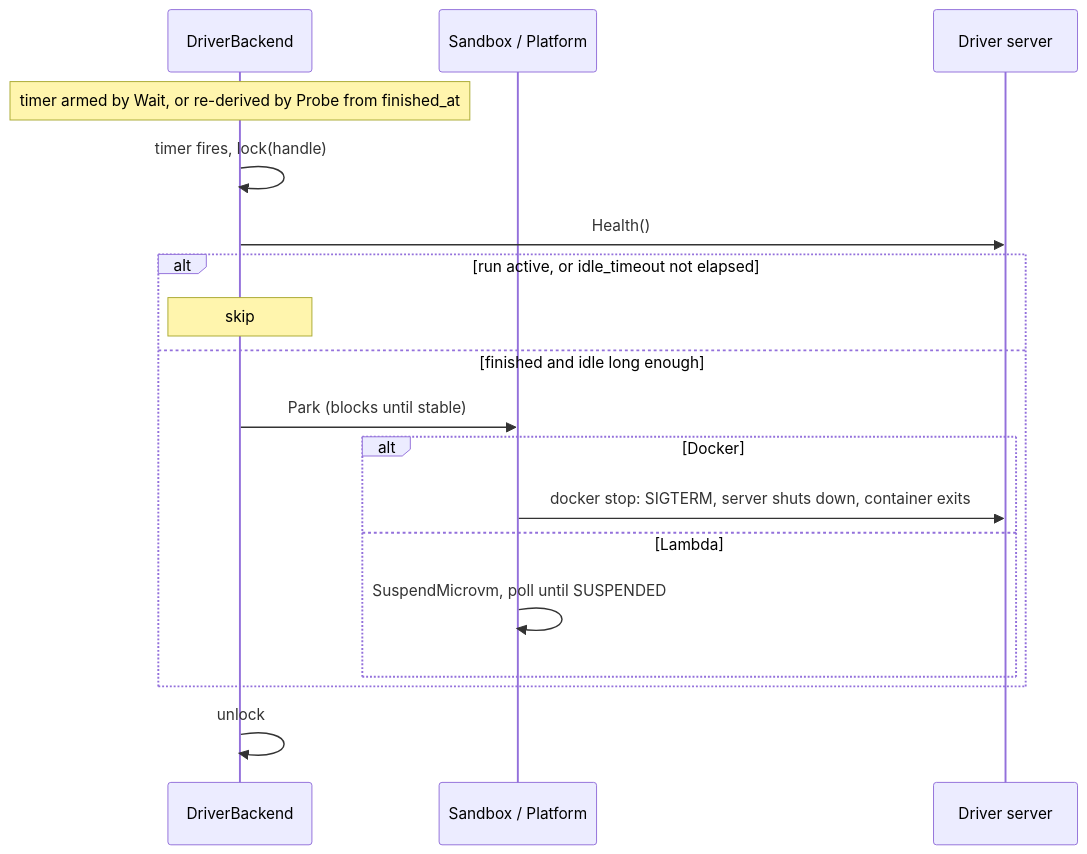
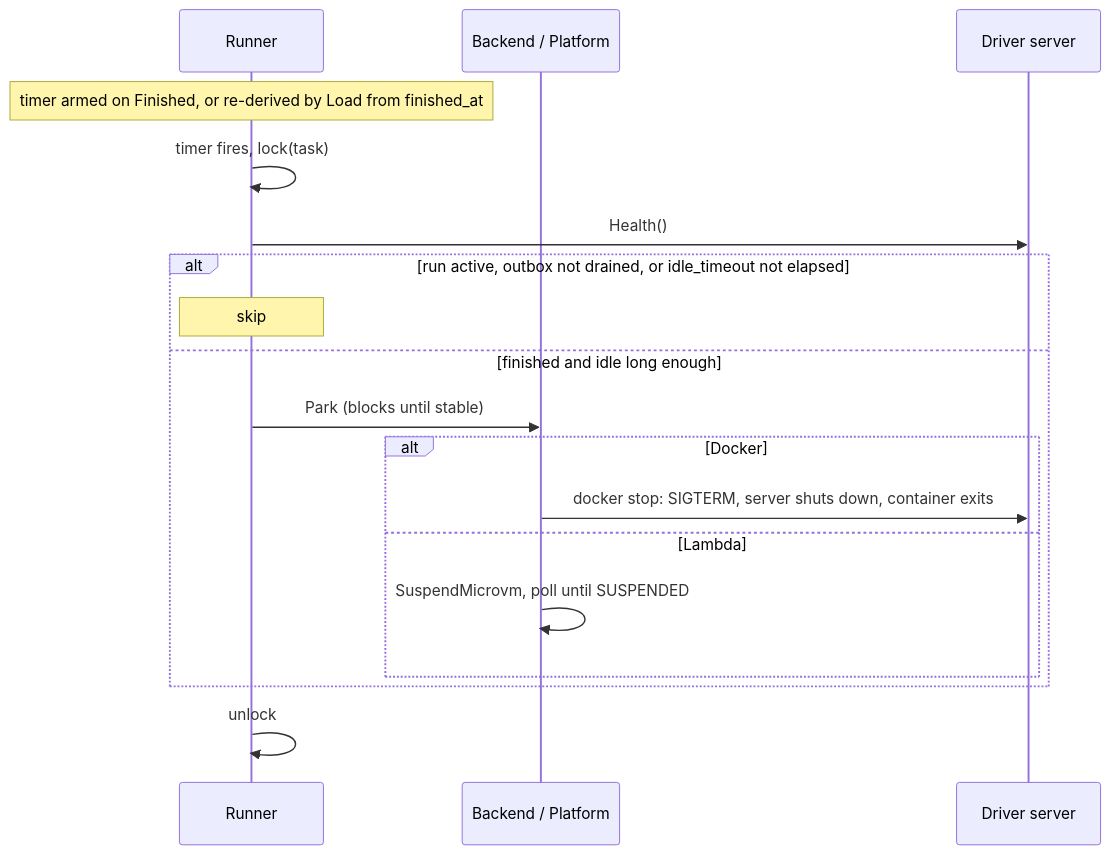
One commit to gritzapp/gritz changed the sixth of 6 diagrams in proposals/draft/driver-server.md. Above: the diagram before and after it, drawn with Mermaid. The commit also changed other lines of this file and 4 other files, not shown here.

First line of the commit message:
docs: route driver reports through the runner in the driver server proposal

````diff
--- a/proposals/draft/driver-server.md
+++ b/proposals/draft/driver-server.md
@@ -475,21 +603,21 @@
 ```mermaid
 sequenceDiagram
-    participant B as DriverBackend
-    participant P as Sandbox / Platform
+    participant R as Runner
+    participant P as Backend / Platform
     participant D as Driver server
 
-    Note over B: timer armed by Wait, or re-derived by Probe from finished_at
-    B->>B: timer fires, lock(handle)
-    B->>D: Health()
-    alt run active, or idle_timeout not elapsed
-        Note over B: skip
+    Note over R: timer armed on Finished, or re-derived by Load from finished_at
+    R->>R: timer fires, lock(task)
+    R->>D: Health()
+    alt run active, outbox not drained, or idle_timeout not elapsed
+        Note over R: skip
     else finished and idle long enough
-        B->>P: Park (blocks until stable)
+        R->>P: Park (blocks until stable)
         alt Docker
             P->>D: docker stop: SIGTERM, server shuts down, container exits
         else Lambda
             P->>P: SuspendMicrovm, poll until SUSPENDED
         end
     end
-    B->>B: unlock
+    R->>R: unlock
 ```
````
